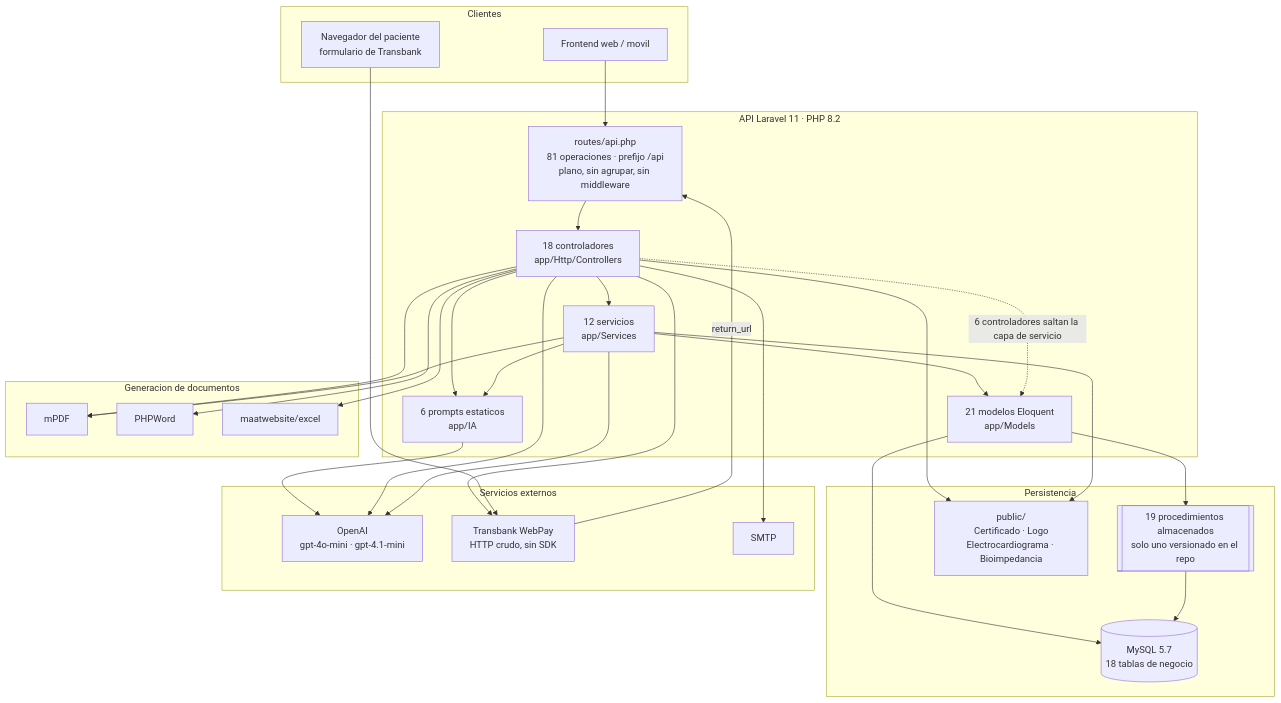
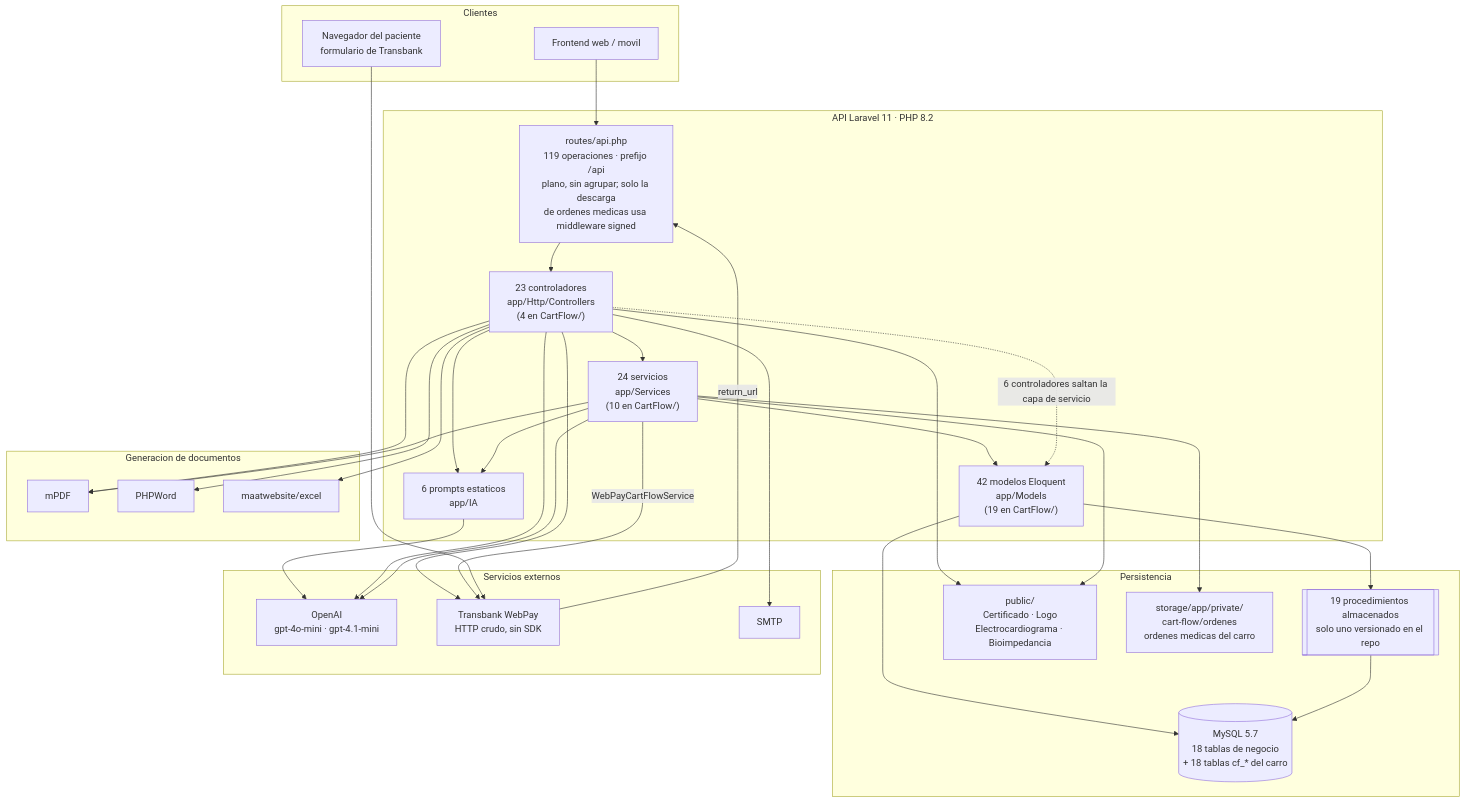
Before and after one commit to Nruz-app/laravel-back-end-ergosanitas-app: the first of 6 diagrams in docs/arquitectura.md, drawn with Mermaid. The commit also changed other lines of this file and 14 other files, not shown here.

First line of the commit message:
docs: documentacion completa del carro de servicios y su mantenedor

````diff
--- a/docs/arquitectura.md
+++ b/docs/arquitectura.md
@@ -17,58 +17,61 @@
 ```mermaid
 flowchart TB
     subgraph cliente["Clientes"]
         WEB["Frontend web / movil"]
         NAV["Navegador del paciente<br/>formulario de Transbank"]
     end
 
     subgraph laravel["API Laravel 11 · PHP 8.2"]
-        RUTAS["routes/api.php<br/>81 operaciones · prefijo /api<br/>plano, sin agrupar, sin middleware"]
-        CTRL["18 controladores<br/>app/Http/Controllers"]
-        SRV["12 servicios<br/>app/Services"]
-        MOD["21 modelos Eloquent<br/>app/Models"]
+        RUTAS["routes/api.php<br/>119 operaciones · prefijo /api<br/>plano, sin agrupar; solo la descarga<br/>de ordenes medicas usa middleware signed"]
+        CTRL["23 controladores<br/>app/Http/Controllers<br/>(4 en CartFlow/)"]
+        SRV["24 servicios<br/>app/Services<br/>(10 en CartFlow/)"]
+        MOD["42 modelos Eloquent<br/>app/Models<br/>(19 en CartFlow/)"]
         IA["6 prompts estaticos<br/>app/IA"]
     end
 
     subgraph datos["Persistencia"]
-        MYSQL[("MySQL 5.7<br/>18 tablas de negocio")]
+        MYSQL[("MySQL 5.7<br/>18 tablas de negocio<br/>+ 18 tablas cf_* del carro")]
         SP[["19 procedimientos almacenados<br/>solo uno versionado en el repo"]]
         FS["public/<br/>Certificado · Logo<br/>Electrocardiograma · Bioimpedancia"]
+        PRIV["storage/app/private/<br/>cart-flow/ordenes<br/>ordenes medicas del carro"]
     end
 
     subgraph externos["Servicios externos"]
         OAI["OpenAI<br/>gpt-4o-mini · gpt-4.1-mini"]
         TBK["Transbank WebPay<br/>HTTP crudo, sin SDK"]
         SMTP["SMTP"]
     end
 
     subgraph libs["Generacion de documentos"]
         MPDF["mPDF"]
         WORD["PHPWord"]
         XLS["maatwebsite/excel"]
     end
 
     WEB --> RUTAS
     RUTAS --> CTRL
     CTRL --> SRV
     SRV --> MOD
     MOD --> MYSQL
     MOD --> SP
     SP --> MYSQL
 
     CTRL -.->|"6 controladores saltan la capa de servicio"| MOD
     CTRL --> FS
     SRV --> FS
     CTRL --> IA
     SRV --> IA
     IA --> OAI
     CTRL --> OAI
     SRV --> OAI
     CTRL --> TBK
+    SRV -->|"WebPayCartFlowService"| TBK
+    SRV --> PRIV
     NAV --> TBK
     TBK -->|"return_url"| RUTAS
     CTRL --> SMTP
     CTRL --> MPDF
     CTRL --> WORD
     CTRL --> XLS
     SRV --> MPDF
 ```
````
